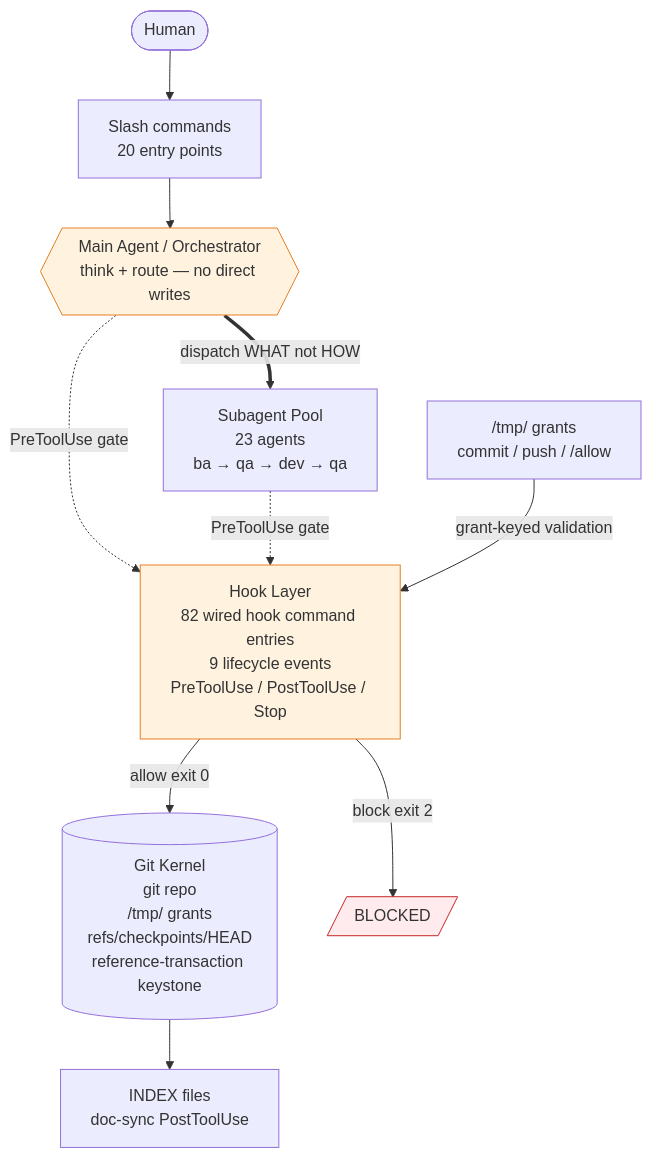
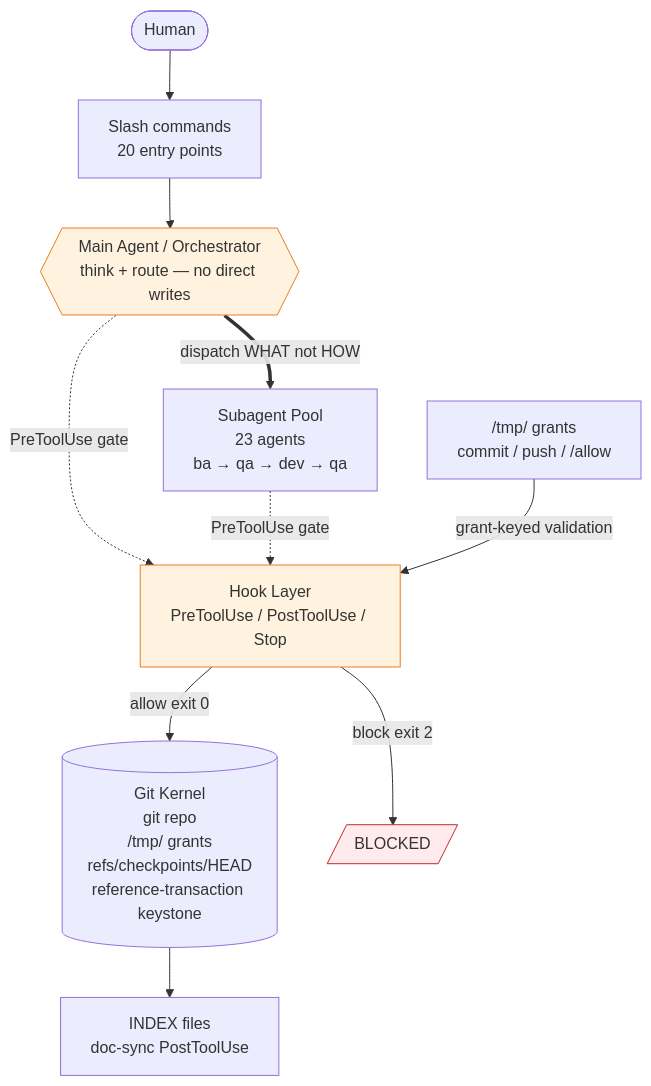
One commit to Yugoge/awesome-claude-harness changed the first of 3 diagrams in README.md. Above: the diagram before and after it, drawn with Mermaid. The commit also changed other lines of this file and 8 other files, not shown here.

````diff
--- a/README.md
+++ b/README.md
@@ -413,21 +413,21 @@
 ```mermaid
 graph TD
     U([Human]) --> CMD[Slash commands<br/>20 entry points]
     CMD --> ORC{{Main Agent / Orchestrator<br/>think + route — no direct writes}}
 
     ORC -.->|PreToolUse gate| HL
     SUB -.->|PreToolUse gate| HL
 
     ORC ==>|dispatch WHAT not HOW| SUB[Subagent Pool<br/>23 agents<br/>ba → qa → dev → qa]
 
-    HL[Hook Layer<br/>82 wired hook command entries<br/>9 lifecycle events<br/>PreToolUse / PostToolUse / Stop] -->|allow exit 0| GK[(Git Kernel<br/>git repo<br/>/tmp/ grants<br/>refs/checkpoints/HEAD<br/>reference-transaction keystone)]
+    HL[Hook Layer<br/>PreToolUse / PostToolUse / Stop] -->|allow exit 0| GK[(Git Kernel<br/>git repo<br/>/tmp/ grants<br/>refs/checkpoints/HEAD<br/>reference-transaction keystone)]
     HL -->|block exit 2| BLK[/BLOCKED/]
 
     GK --> IDX[INDEX files<br/>doc-sync PostToolUse]
     TMP["/tmp/ grants<br/>commit / push / /allow"] -->|grant-keyed validation| HL
 
     classDef restricted fill:#ffebee,stroke:#c62828
     classDef gate fill:#fff3e0,stroke:#e67e22
     class BLK restricted
     class ORC,HL gate
 ```
````
